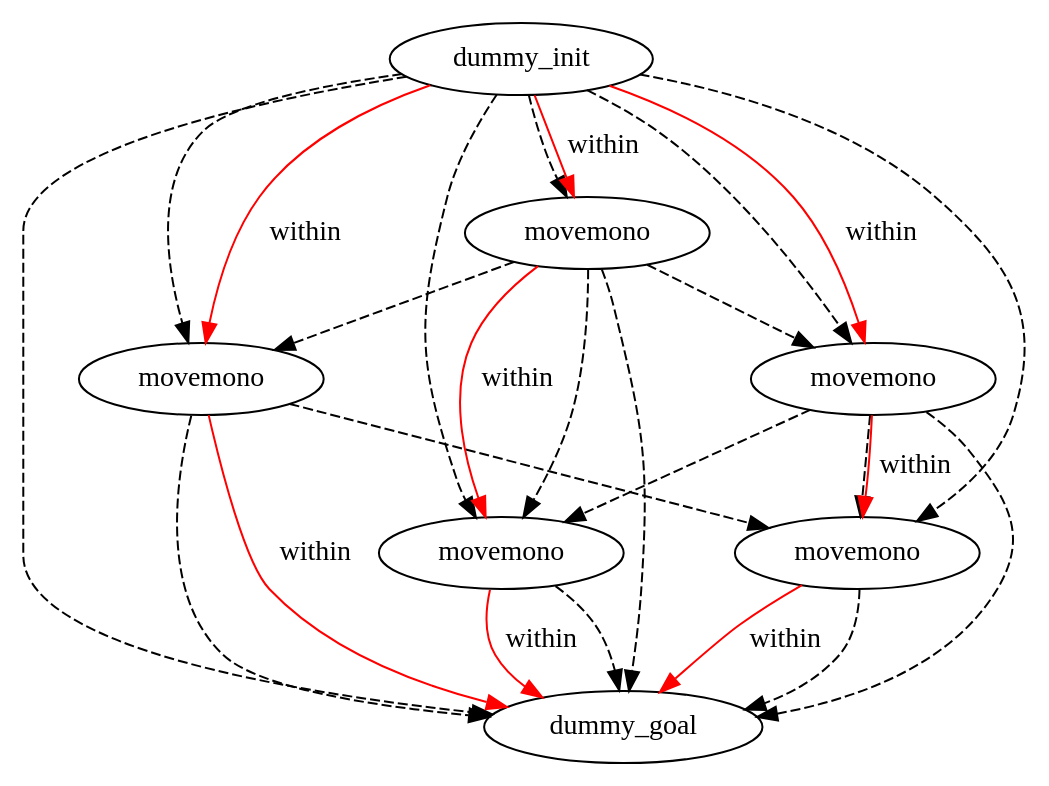
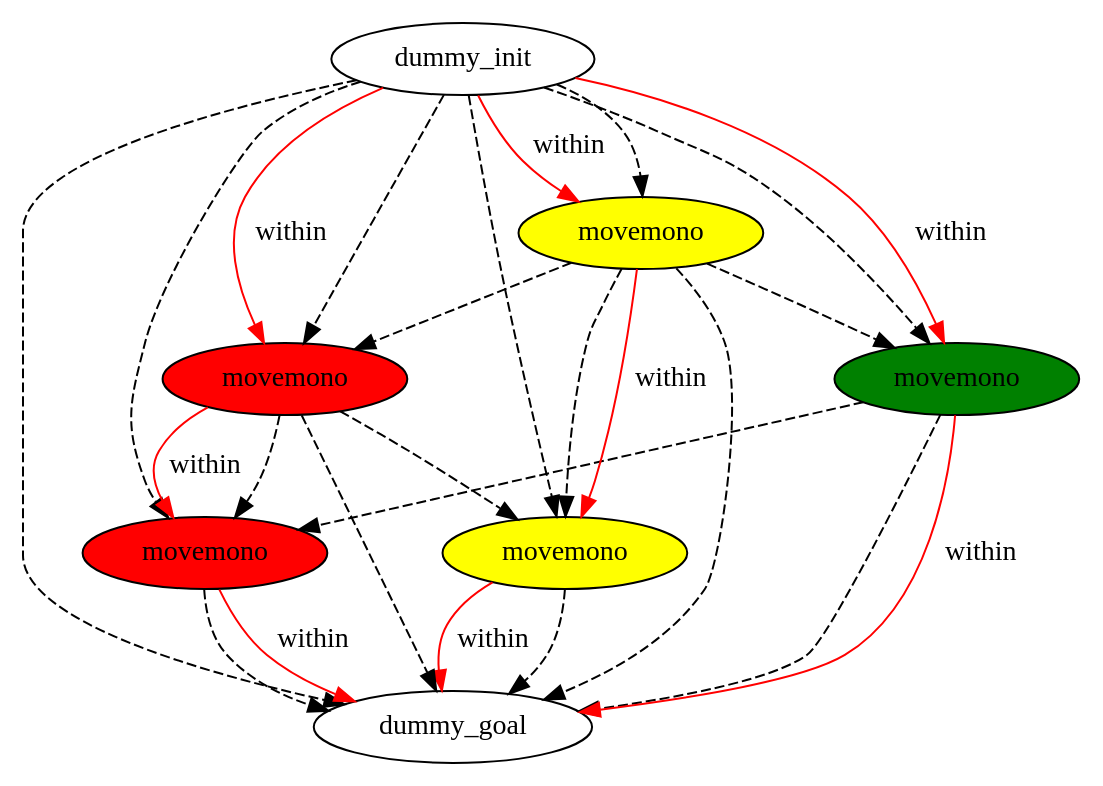
One commit to PetervDooren/PyDPOCL changed the diagram in plans/manipulation-domain/test_70_problem-plan_0.dot. Above: the diagram before and after it, drawn with Graphviz. The commit also changed 582 other files, not shown here.

```diff
--- a/plans/manipulation-domain/test_70_problem-plan_0.dot
+++ b/plans/manipulation-domain/test_70_problem-plan_0.dot
@@ -1,34 +1,34 @@
 digraph {
-	"e38123d3-afae-9e1f-1cab-bacaa5af595c" [label=dummy_init]
-	"28494437-4fb4-ec39-6890-bb0741123c7c" [label=dummy_goal]
-	"8d1ff9c1-9012-7bad-c175-284e65f1c06f" [label=movemono]
-	"5c0781f0-c381-9d0d-30c8-59ec05c8a92a" [label=movemono]
-	"dbbed366-a6bf-39a8-8a94-2e27df3dd4cf" [label=movemono]
-	"b67345af-fbdc-4d84-98d7-3c42fb94791d" [label=movemono]
-	"5d0f0d77-a621-fce9-7f46-d995c6c34472" [label=movemono]
-	"8d1ff9c1-9012-7bad-c175-284e65f1c06f" -> "b67345af-fbdc-4d84-98d7-3c42fb94791d" [color=black style=dashed]
-	"e38123d3-afae-9e1f-1cab-bacaa5af595c" -> "8d1ff9c1-9012-7bad-c175-284e65f1c06f" [color=black style=dashed]
-	"dbbed366-a6bf-39a8-8a94-2e27df3dd4cf" -> "8d1ff9c1-9012-7bad-c175-284e65f1c06f" [color=black style=dashed]
-	"e38123d3-afae-9e1f-1cab-bacaa5af595c" -> "5c0781f0-c381-9d0d-30c8-59ec05c8a92a" [color=black style=dashed]
-	"e38123d3-afae-9e1f-1cab-bacaa5af595c" -> "dbbed366-a6bf-39a8-8a94-2e27df3dd4cf" [color=black style=dashed]
-	"5d0f0d77-a621-fce9-7f46-d995c6c34472" -> "28494437-4fb4-ec39-6890-bb0741123c7c" [color=black style=dashed]
-	"e38123d3-afae-9e1f-1cab-bacaa5af595c" -> "b67345af-fbdc-4d84-98d7-3c42fb94791d" [color=black style=dashed]
-	"dbbed366-a6bf-39a8-8a94-2e27df3dd4cf" -> "5c0781f0-c381-9d0d-30c8-59ec05c8a92a" [color=black style=dashed]
-	"b67345af-fbdc-4d84-98d7-3c42fb94791d" -> "28494437-4fb4-ec39-6890-bb0741123c7c" [color=black style=dashed]
-	"dbbed366-a6bf-39a8-8a94-2e27df3dd4cf" -> "5d0f0d77-a621-fce9-7f46-d995c6c34472" [color=black style=dashed]
-	"e38123d3-afae-9e1f-1cab-bacaa5af595c" -> "28494437-4fb4-ec39-6890-bb0741123c7c" [color=black style=dashed]
-	"5d0f0d77-a621-fce9-7f46-d995c6c34472" -> "5c0781f0-c381-9d0d-30c8-59ec05c8a92a" [color=black style=dashed]
-	"5d0f0d77-a621-fce9-7f46-d995c6c34472" -> "b67345af-fbdc-4d84-98d7-3c42fb94791d" [color=black style=dashed]
-	"5c0781f0-c381-9d0d-30c8-59ec05c8a92a" -> "28494437-4fb4-ec39-6890-bb0741123c7c" [color=black style=dashed]
-	"dbbed366-a6bf-39a8-8a94-2e27df3dd4cf" -> "28494437-4fb4-ec39-6890-bb0741123c7c" [color=black style=dashed]
-	"e38123d3-afae-9e1f-1cab-bacaa5af595c" -> "5d0f0d77-a621-fce9-7f46-d995c6c34472" [color=black style=dashed]
-	"8d1ff9c1-9012-7bad-c175-284e65f1c06f" -> "28494437-4fb4-ec39-6890-bb0741123c7c" [color=black style=dashed]
-	"b67345af-fbdc-4d84-98d7-3c42fb94791d" -> "28494437-4fb4-ec39-6890-bb0741123c7c" [label=within color=red]
-	"5d0f0d77-a621-fce9-7f46-d995c6c34472" -> "b67345af-fbdc-4d84-98d7-3c42fb94791d" [label=within color=red]
-	"e38123d3-afae-9e1f-1cab-bacaa5af595c" -> "5d0f0d77-a621-fce9-7f46-d995c6c34472" [label=within color=red]
-	"e38123d3-afae-9e1f-1cab-bacaa5af595c" -> "8d1ff9c1-9012-7bad-c175-284e65f1c06f" [label=within color=red]
-	"8d1ff9c1-9012-7bad-c175-284e65f1c06f" -> "28494437-4fb4-ec39-6890-bb0741123c7c" [label=within color=red]
-	"e38123d3-afae-9e1f-1cab-bacaa5af595c" -> "dbbed366-a6bf-39a8-8a94-2e27df3dd4cf" [label=within color=red]
-	"5c0781f0-c381-9d0d-30c8-59ec05c8a92a" -> "28494437-4fb4-ec39-6890-bb0741123c7c" [label=within color=red]
-	"dbbed366-a6bf-39a8-8a94-2e27df3dd4cf" -> "5c0781f0-c381-9d0d-30c8-59ec05c8a92a" [label=within color=red]
+	"46193186-1df7-c0b9-e0cf-99a529942fa3" [label=dummy_init fillcolor=white style=filled]
+	"0d82971f-ca3f-5e23-5dff-5ea3fad7b589" [label=dummy_goal fillcolor=white style=filled]
+	"fe3a5917-1023-7180-5cd5-a2e860685eaf" [label=movemono fillcolor=yellow style=filled]
+	"dd963b08-c0db-304b-6571-47098618d540" [label=movemono fillcolor=red style=filled]
+	"dcd59684-a7ac-9076-dd53-431c8d8f9d58" [label=movemono fillcolor=red style=filled]
+	"c4c54f87-613c-0757-63b7-ed9a2efb0d32" [label=movemono fillcolor=green style=filled]
+	"3876e518-de82-acb7-b048-12f9a9847c67" [label=movemono fillcolor=yellow style=filled]
+	"46193186-1df7-c0b9-e0cf-99a529942fa3" -> "dd963b08-c0db-304b-6571-47098618d540" [color=black style=dashed]
+	"c4c54f87-613c-0757-63b7-ed9a2efb0d32" -> "dd963b08-c0db-304b-6571-47098618d540" [color=black style=dashed]
+	"3876e518-de82-acb7-b048-12f9a9847c67" -> "c4c54f87-613c-0757-63b7-ed9a2efb0d32" [color=black style=dashed]
+	"dcd59684-a7ac-9076-dd53-431c8d8f9d58" -> "0d82971f-ca3f-5e23-5dff-5ea3fad7b589" [color=black style=dashed]
+	"3876e518-de82-acb7-b048-12f9a9847c67" -> "fe3a5917-1023-7180-5cd5-a2e860685eaf" [color=black style=dashed]
+	"46193186-1df7-c0b9-e0cf-99a529942fa3" -> "dcd59684-a7ac-9076-dd53-431c8d8f9d58" [color=black style=dashed]
+	"46193186-1df7-c0b9-e0cf-99a529942fa3" -> "0d82971f-ca3f-5e23-5dff-5ea3fad7b589" [color=black style=dashed]
+	"3876e518-de82-acb7-b048-12f9a9847c67" -> "0d82971f-ca3f-5e23-5dff-5ea3fad7b589" [color=black style=dashed]
+	"c4c54f87-613c-0757-63b7-ed9a2efb0d32" -> "0d82971f-ca3f-5e23-5dff-5ea3fad7b589" [color=black style=dashed]
+	"dcd59684-a7ac-9076-dd53-431c8d8f9d58" -> "dd963b08-c0db-304b-6571-47098618d540" [color=black style=dashed]
+	"46193186-1df7-c0b9-e0cf-99a529942fa3" -> "c4c54f87-613c-0757-63b7-ed9a2efb0d32" [color=black style=dashed]
+	"46193186-1df7-c0b9-e0cf-99a529942fa3" -> "3876e518-de82-acb7-b048-12f9a9847c67" [color=black style=dashed]
+	"46193186-1df7-c0b9-e0cf-99a529942fa3" -> "fe3a5917-1023-7180-5cd5-a2e860685eaf" [color=black style=dashed]
+	"dd963b08-c0db-304b-6571-47098618d540" -> "0d82971f-ca3f-5e23-5dff-5ea3fad7b589" [color=black style=dashed]
+	"3876e518-de82-acb7-b048-12f9a9847c67" -> "dcd59684-a7ac-9076-dd53-431c8d8f9d58" [color=black style=dashed]
+	"dcd59684-a7ac-9076-dd53-431c8d8f9d58" -> "fe3a5917-1023-7180-5cd5-a2e860685eaf" [color=black style=dashed]
+	"fe3a5917-1023-7180-5cd5-a2e860685eaf" -> "0d82971f-ca3f-5e23-5dff-5ea3fad7b589" [color=black style=dashed]
+	"46193186-1df7-c0b9-e0cf-99a529942fa3" -> "c4c54f87-613c-0757-63b7-ed9a2efb0d32" [label=within color=red]
+	"fe3a5917-1023-7180-5cd5-a2e860685eaf" -> "0d82971f-ca3f-5e23-5dff-5ea3fad7b589" [label=within color=red]
+	"dcd59684-a7ac-9076-dd53-431c8d8f9d58" -> "dd963b08-c0db-304b-6571-47098618d540" [label=within color=red]
+	"46193186-1df7-c0b9-e0cf-99a529942fa3" -> "dcd59684-a7ac-9076-dd53-431c8d8f9d58" [label=within color=red]
+	"c4c54f87-613c-0757-63b7-ed9a2efb0d32" -> "0d82971f-ca3f-5e23-5dff-5ea3fad7b589" [label=within color=red]
+	"3876e518-de82-acb7-b048-12f9a9847c67" -> "fe3a5917-1023-7180-5cd5-a2e860685eaf" [label=within color=red]
+	"dd963b08-c0db-304b-6571-47098618d540" -> "0d82971f-ca3f-5e23-5dff-5ea3fad7b589" [label=within color=red]
+	"46193186-1df7-c0b9-e0cf-99a529942fa3" -> "3876e518-de82-acb7-b048-12f9a9847c67" [label=within color=red]
 }
```
